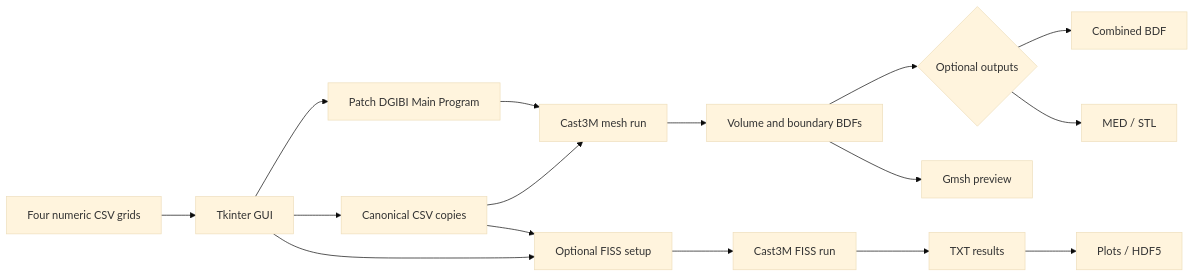
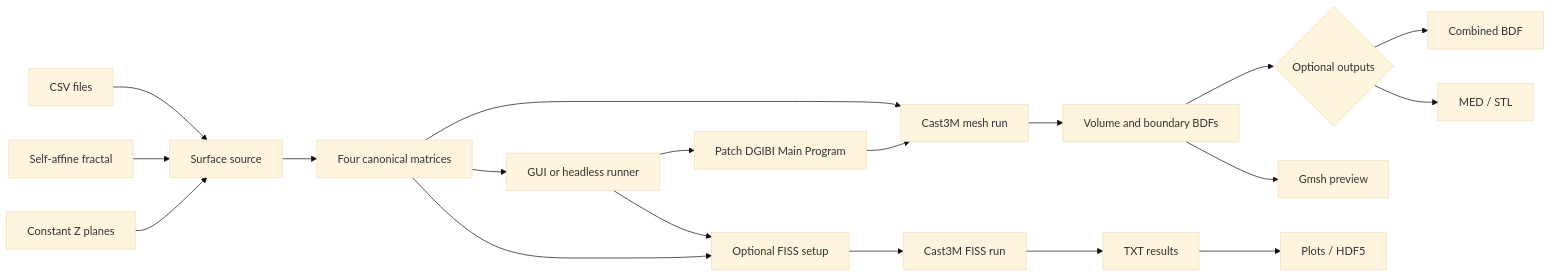
Before and after one commit to onajjar/dem-crack-surface-mesher: the diagram in README.md, drawn with Mermaid (base theme). The commit also changed other lines of this file and 27 other files, not shown here.

````diff
--- a/README.md
+++ b/README.md
@@ -24,18 +24,21 @@
 ```mermaid
 flowchart LR
-    A[Four numeric CSV grids] --> B[Tkinter GUI]
-    B --> C[Canonical CSV copies]
-    B --> D[Patch DGIBI Main Program]
-    C --> E[Cast3M mesh run]
-    D --> E
-    E --> F[Volume and boundary BDFs]
-    F --> G{Optional outputs}
-    G --> H[Combined BDF]
-    G --> I[MED / STL]
-    F --> J[Gmsh preview]
-    B --> K[Optional FISS setup]
-    C --> K
-    K --> L[Cast3M FISS run]
-    L --> M[TXT results]
-    M --> N[Plots / HDF5]
+    A[CSV files] --> B[Surface source]
+    A2[Self-affine fractal] --> B
+    A3[Constant Z planes] --> B
+    B --> C[Four canonical matrices]
+    C --> D[GUI or headless runner]
+    D --> E[Patch DGIBI Main Program]
+    C --> F[Cast3M mesh run]
+    E --> F
+    F --> G[Volume and boundary BDFs]
+    G --> H{Optional outputs}
+    H --> I[Combined BDF]
+    H --> J[MED / STL]
+    G --> K[Gmsh preview]
+    D --> L[Optional FISS setup]
+    C --> L
+    L --> M[Cast3M FISS run]
+    M --> N[TXT results]
+    N --> O[Plots / HDF5]
 ```
````
